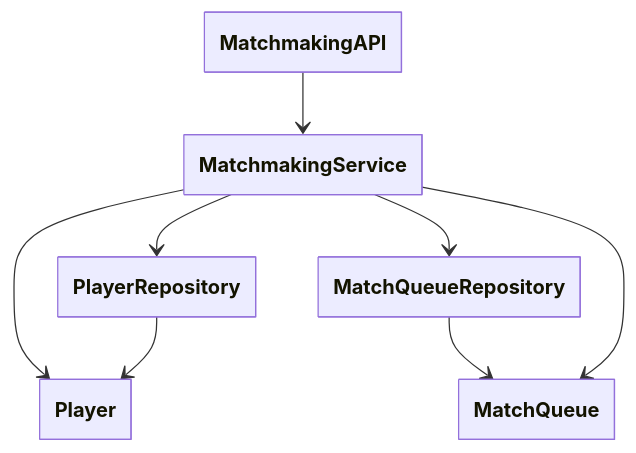
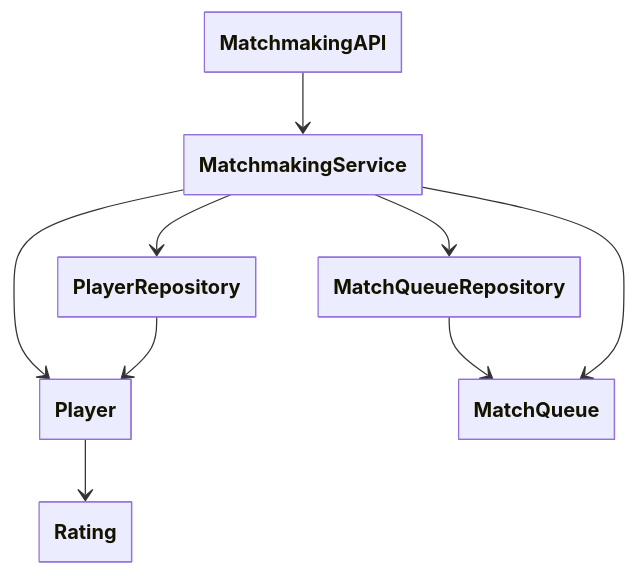
Before and after one commit to AndreaB2000/ASW-project: the eighth of 8 diagrams in docs/report.md, drawn with Mermaid. The commit also changed 2 other files, not shown here.

Commit message:
feat: add base Player and Rating model

````diff
--- a/docs/report.md
+++ b/docs/report.md
@@ -573,22 +573,24 @@
 ```mermaid
 ---
   config:
     class:
       hideEmptyMembersBox: true
 ---
 
 classDiagram
     class MatchmakingAPI
     class MatchmakingService
     class Player
+    class Rating
     class PlayerRepository
     class MatchQueueRepository
 
     MatchmakingAPI --> MatchmakingService
     MatchmakingService --> Player
     MatchmakingService --> PlayerRepository
     PlayerRepository --> Player
+    Player --> Rating
     MatchmakingService --> MatchQueueRepository
     MatchQueueRepository --> MatchQueue
     MatchmakingService --> MatchQueue
 ```
````
